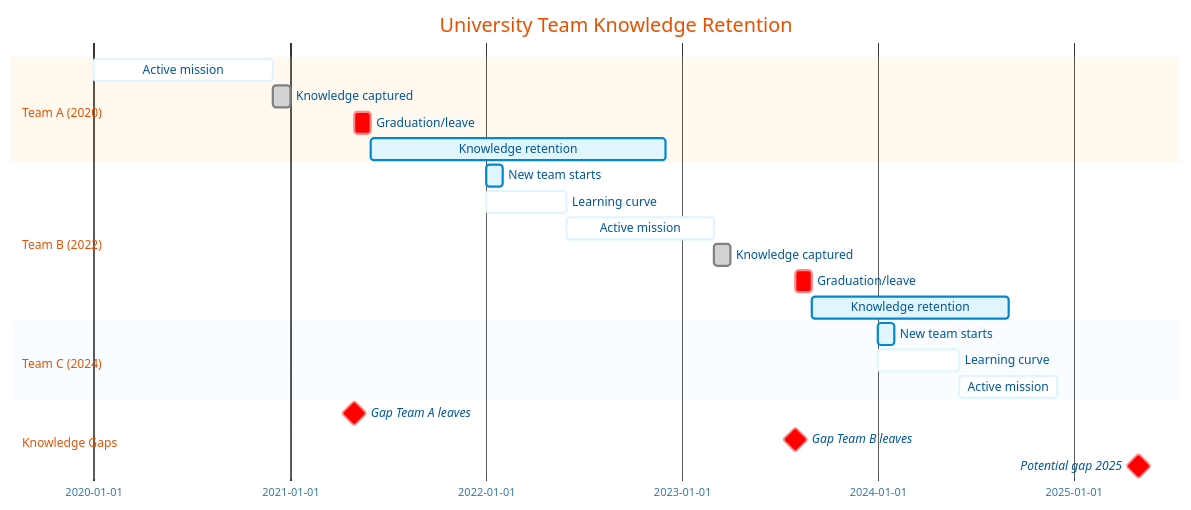
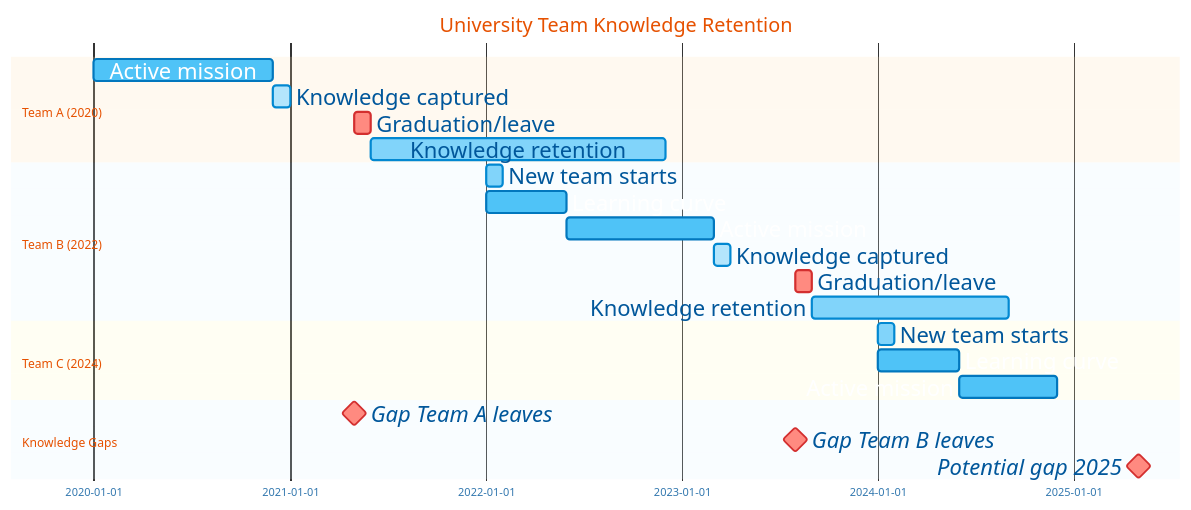
One commit to phantom-man/PROVES_LIBRARY changed the fourth of 9 diagrams in docs/diagrams/team-boundaries.md. Above: the diagram before and after it, drawn with Mermaid. The commit also changed other lines of this file and 6 other files, not shown here.

First line of the commit message:
Enhance diagram fonts and fix Gantt chart theming

```diff
--- a/docs/diagrams/team-boundaries.md
+++ b/docs/diagrams/team-boundaries.md
@@ -403,9 +403,9 @@
   theme: base
   fontSize: '18'
   themeCSS: |
-    .label, .nodeLabel, text { font-size: 18px !important; }
-    .edgeLabel { font-size: 16px !important; }
-    .edgeLabel .label-container rect, .edgeLabel rect, .label-container rect { stroke: #000 !important; stroke-width: 1.5px !important; fill-opacity: 1 !important; }
+    .label, .nodeLabel, text, svg text, tspan { font-size: 20px !important; font-weight: 500 !important; }
+    .edgeLabel, .edgeLabel text, .edgeLabel tspan { font-size: 18px !important; font-weight: 500 !important; }
+    .edgeLabel .label-container rect, .edgeLabel rect, .label-container rect, .edgeLabel path.label-container { stroke: #000 !important; stroke-width: 2px !important; fill-opacity: 1 !important; }
     .node:hover rect, .node:hover circle, .node:hover polygon { stroke-width: 3px !important; filter: drop-shadow(0 0 8px rgba(0,0,0,0.3)); cursor: pointer; }
     .edgePath:hover path { stroke-width: 3px !important; opacity: 1; }
     .edgeLabel:hover rect, .edgeLabel:hover .label-container rect { stroke-width: 2.5px !important; filter: brightness(1.1); }
@@ -423,7 +423,7 @@
     textColor: '#01579B'
     lineColor: '#29B6F6'
     fontFamily: '"Segoe UI", Tahoma, Geneva, Verdana, sans-serif'
-    fontSize: '18px'
+    fontSize: '20px'
     nodeBorder: '#0288D1'
     mainBkg: '#E1F5FE'
     clusterBkg: '#FFE0B2'
@@ -438,6 +438,23 @@
     noteBkgColor: '#FFE0B2'
     noteTextColor: '#E65100'
     noteBorderColor: '#FF9800'
+    sectionBkgColor: '#FFE0B2'
+    altSectionBkgColor: '#E1F5FE'
+    sectionBkgColor2: '#FFF9C4'
+    taskBkgColor: '#81D4FA'
+    taskBorderColor: '#0288D1'
+    activeTaskBkgColor: '#4FC3F7'
+    activeTaskBorderColor: '#0277BD'
+    doneTaskBkgColor: '#B3E5FC'
+    doneTaskBorderColor: '#0288D1'
+    critBkgColor: '#FF8A80'
+    critBorderColor: '#D32F2F'
+    taskTextColor: '#01579B'
+    taskTextOutsideColor: '#01579B'
+    taskTextLightColor: '#01579B'
+    taskTextDarkColor: '#FFFFFF'
+    gridColor: '#B3E5FC'
+    todayLineColor: '#D32F2F'
     pie1: '#0288D1'
     pie2: '#FDD835'
     pie3: '#FF9800'
@@ -450,6 +467,8 @@
     pie10: '#81D4FA'
     pie11: '#FFF9C4'
     pie12: '#FFE0B2'
+  gantt:
+    fontSize: 20
   flowchart:
     curve: linear
 ---
```
